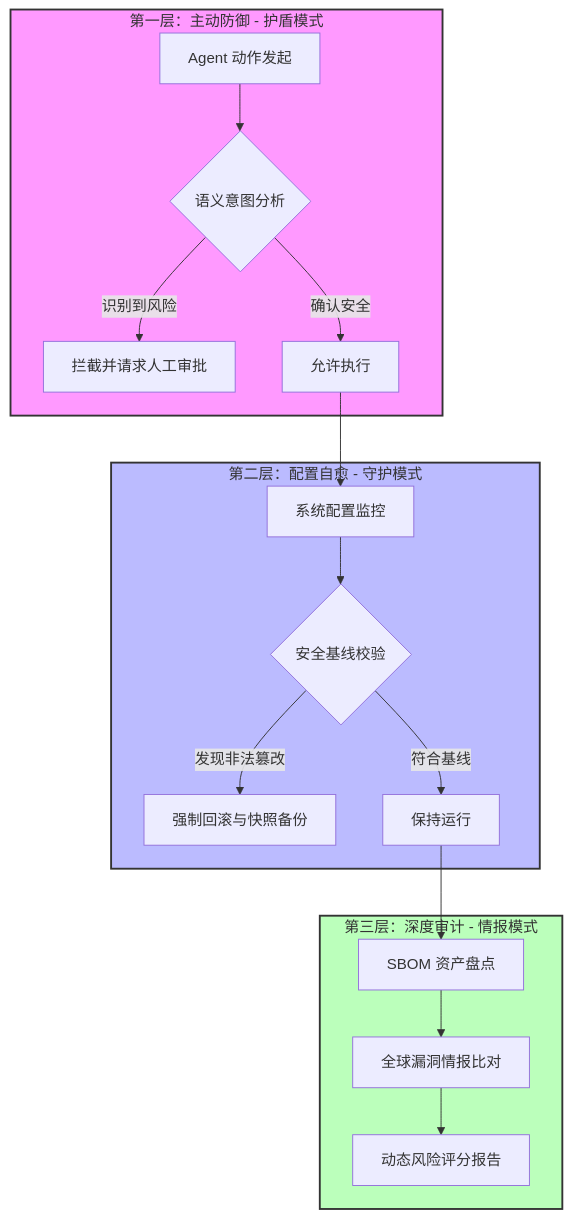
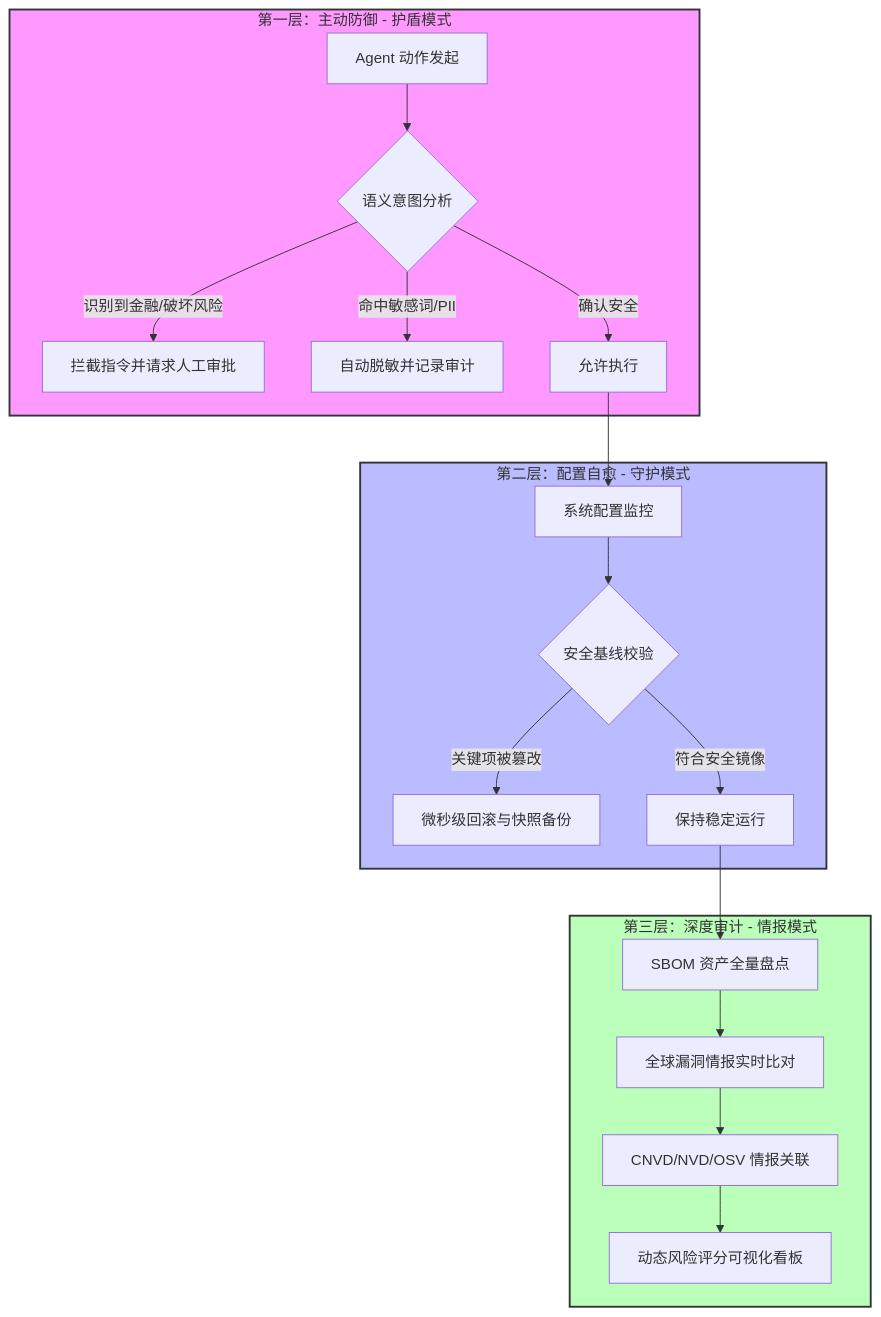
One commit to lttcnly/openclaw-guardrails changed the diagram in README.zh-CN.md. Above: the diagram before and after it, drawn with Mermaid. The commit also changed other lines of this file and 1 other file, not shown here.

Commit message:
docs: finalize 'Product Whitepaper' grade README with exhaustive feature deep-dives and technical architecture

````diff
--- a/README.zh-CN.md
+++ b/README.zh-CN.md
@@ -32,27 +34,29 @@
 ```mermaid
 graph TD
     subgraph L1 [第一层：主动防御 - 护盾模式]
         A[Agent 动作发起] --> B{语义意图分析}
-        B -- 识别到风险 --> C[拦截并请求人工审批]
-        B -- 确认安全 --> D[允许执行]
+        B -- 识别到金融/破坏风险 --> C[拦截指令并请求人工审批]
+        B -- 命中敏感词/PII --> D[自动脱敏并记录审计]
+        B -- 确认安全 --> E[允许执行]
     end
 
-    D --> E
+    E --> F
 
     subgraph L2 [第二层：配置自愈 - 守护模式]
-        E[系统配置监控] --> F{安全基线校验}
-        F -- 发现非法篡改 --> G[强制回滚与快照备份]
-        F -- 符合基线 --> H[保持运行]
+        F[系统配置监控] --> G{安全基线校验}
+        G -- 关键项被篡改 --> H[微秒级回滚与快照备份]
+        G -- 符合安全镜像 --> I[保持稳定运行]
     end
 
-    H --> I
+    I --> J
 
     subgraph L3 [第三层：深度审计 - 情报模式]
-        I[SBOM 资产盘点] --> J[全球漏洞情报比对]
-        J --> K[动态风险评分报告]
+        J[SBOM 资产全量盘点] --> K[全球漏洞情报实时比对]
+        K --> L[CNVD/NVD/OSV 情报关联]
+        L --> M[动态风险评分可视化看板]
     end
 
     style L1 fill:#f9f,stroke:#333,stroke-width:2px
     style L2 fill:#bbf,stroke:#333,stroke-width:2px
     style L3 fill:#bfb,stroke:#333,stroke-width:2px
 ```
````
